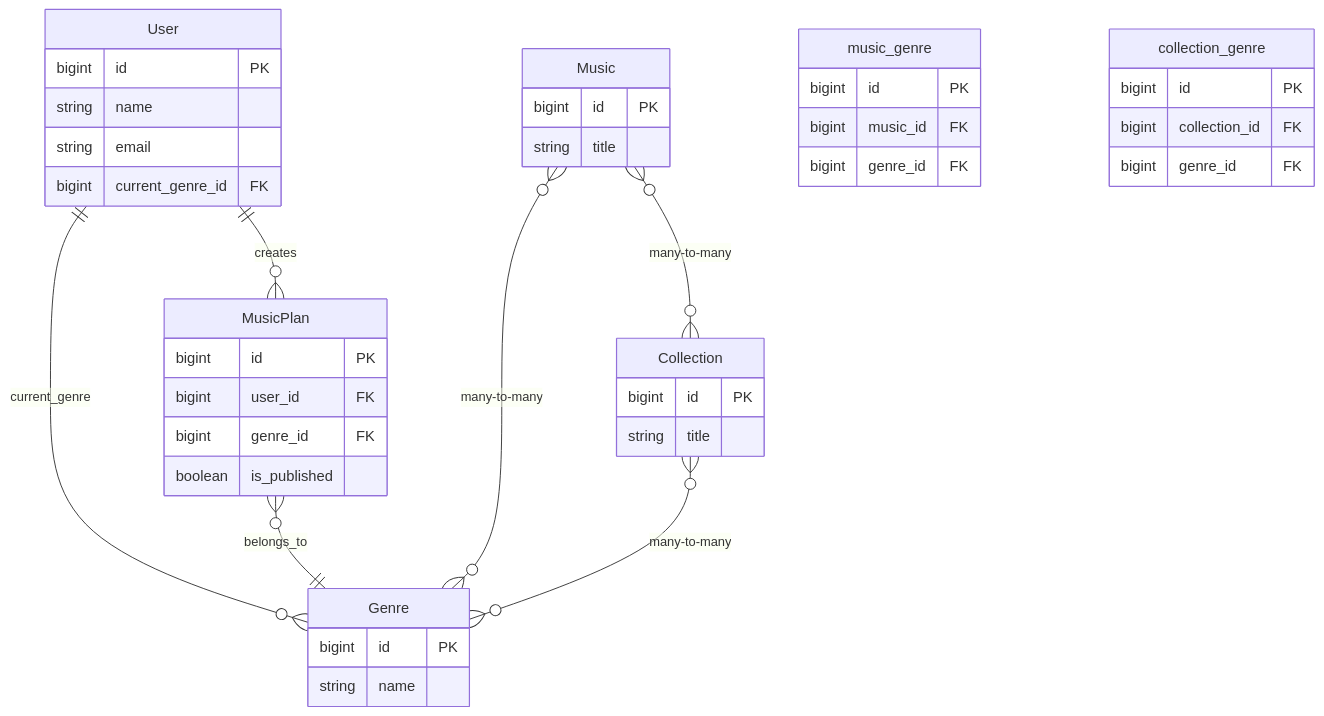
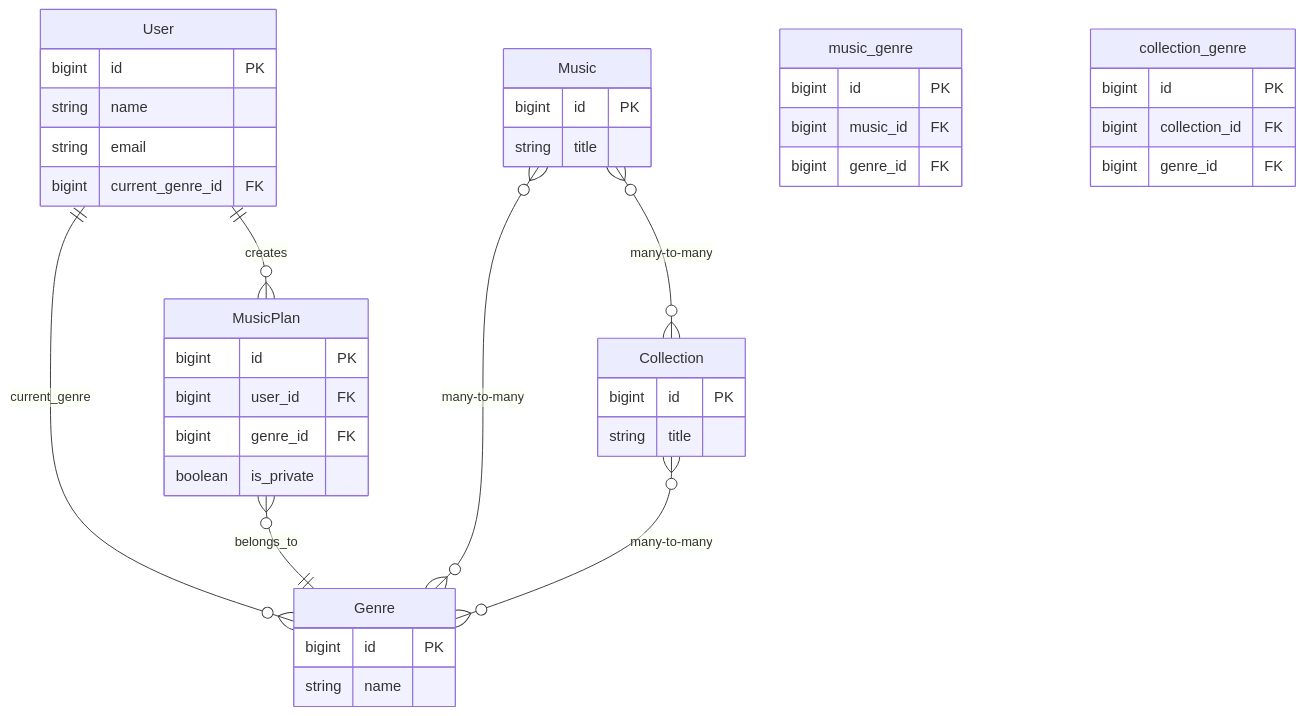
Before and after one commit to szentjozsefhackathon/cantores: the diagram in plans/realm-refactor-implementation.md, drawn with Mermaid. The commit also changed other lines of this file and 8 other files, not shown here.

Commit message:
feat: rename is_published to is_private across models and update related logic

````diff
--- a/plans/realm-refactor-implementation.md
+++ b/plans/realm-refactor-implementation.md
@@ -316,50 +316,50 @@
 ```mermaid
 erDiagram
     User ||--o{ Genre : "current_genre"
     User ||--o{ MusicPlan : creates
     MusicPlan }o--|| Genre : belongs_to
     Music }o--o{ Genre : "many-to-many"
     Collection }o--o{ Genre : "many-to-many"
     Music }o--o{ Collection : "many-to-many"
     
     User {
         bigint id PK
         string name
         string email
         bigint current_genre_id FK
     }
     
     Genre {
         bigint id PK
         string name
     }
     
     MusicPlan {
         bigint id PK
         bigint user_id FK
         bigint genre_id FK
-        boolean is_published
+        boolean is_private
     }
     
     Music {
         bigint id PK
         string title
     }
     
     Collection {
         bigint id PK
         string title
     }
     
     music_genre {
         bigint id PK
         bigint music_id FK
         bigint genre_id FK
     }
     
     collection_genre {
         bigint id PK
         bigint collection_id FK
         bigint genre_id FK
     }
 ```
````
